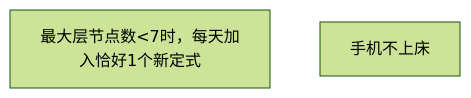
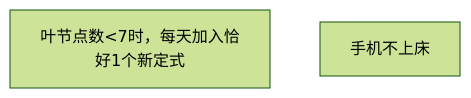
Before and after one commit to Ethkuil/RSIP-tree: the diagram in README.md, drawn with Mermaid (forest theme).

Commit message:
update #0: 最大层节点→叶节点

````diff
--- a/README.md
+++ b/README.md
@@ -5,6 +5,6 @@
 ```mermaid
 graph TD
 
-0[最大层节点数<7时，每天加入恰好1个新定式]
+0[叶节点数<7时，每天加入恰好1个新定式]
 1[手机不上床]
 ```
````
